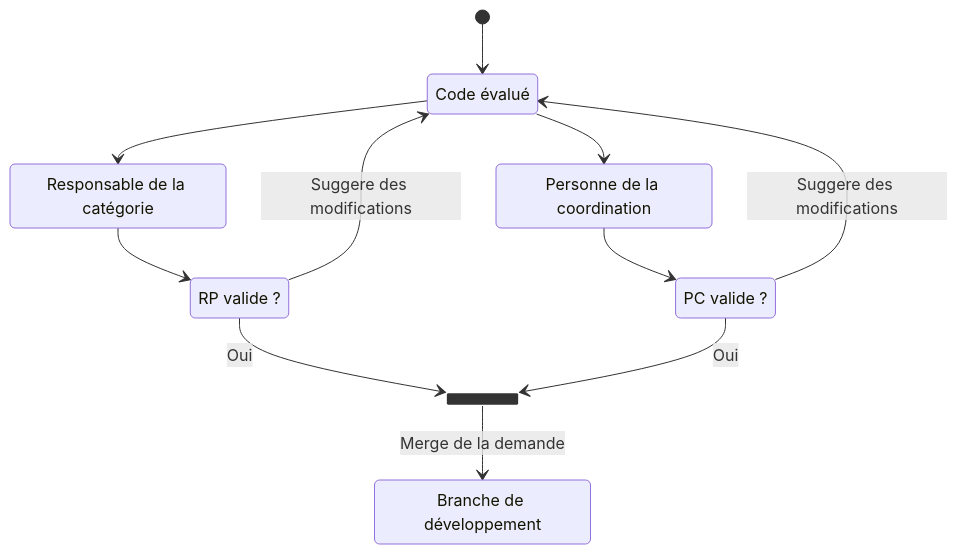
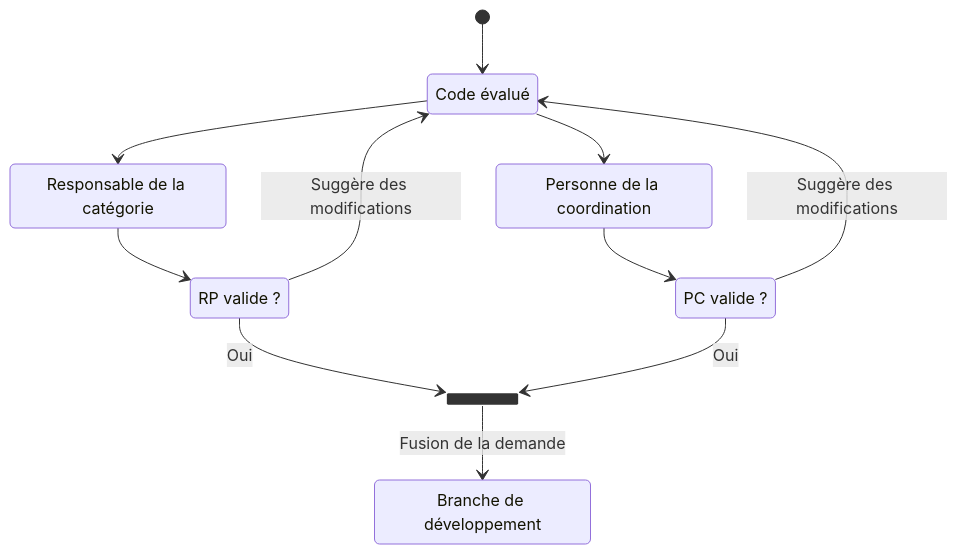
The diagram in docs/contribute/pull-request.md (PapillonApp/docs), drawn with Mermaid before and after one commit. The commit also changed other lines of this file, not shown here.

````diff
--- a/docs/contribute/pull-request.md
+++ b/docs/contribute/pull-request.md
@@ -16,27 +16,28 @@
-``` mermaid
+```mermaid
+
 stateDiagram-v2
     CE : Code évalué
     RP : Responsable de la catégorie
     PCV : PC valide ?
     RPV : RP valide ?
     PC : Personne de la coordination
     BD : Branche de développement
 
 state PCV <<choice>>
 state RPV <<choice>>
 state join_state <<join>>
 
     [*] --> CE
 
     CE --> RP
     RP --> RPV
     RPV --> join_state : Oui
-    RPV --> CE : Suggere des modifications
+    RPV --> CE : Suggère des modifications
 
     CE  --> PC
     PC --> PCV
     PCV --> join_state : Oui
-    PCV --> CE : Suggere des modifications
+    PCV --> CE : Suggère des modifications
 
-    join_state -->BD : Merge de la demande
+    join_state --> BD : Fusion de la demande
 ```
````
